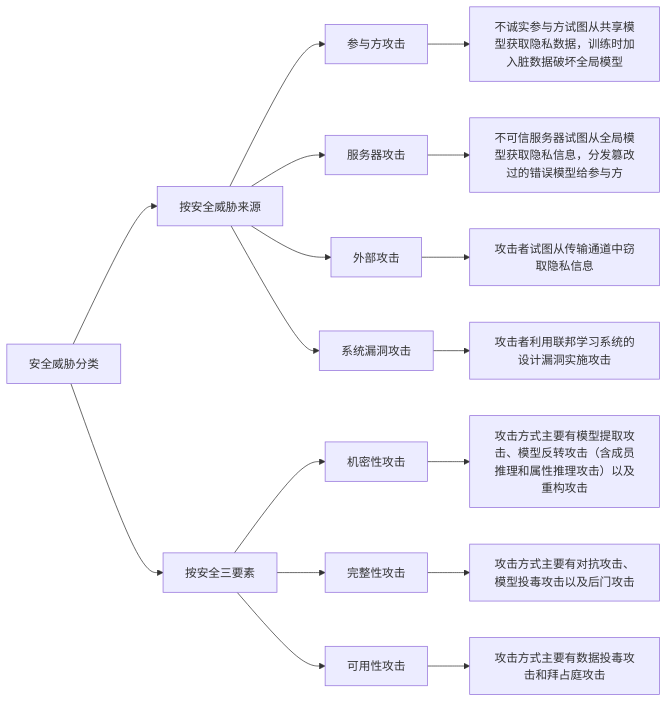
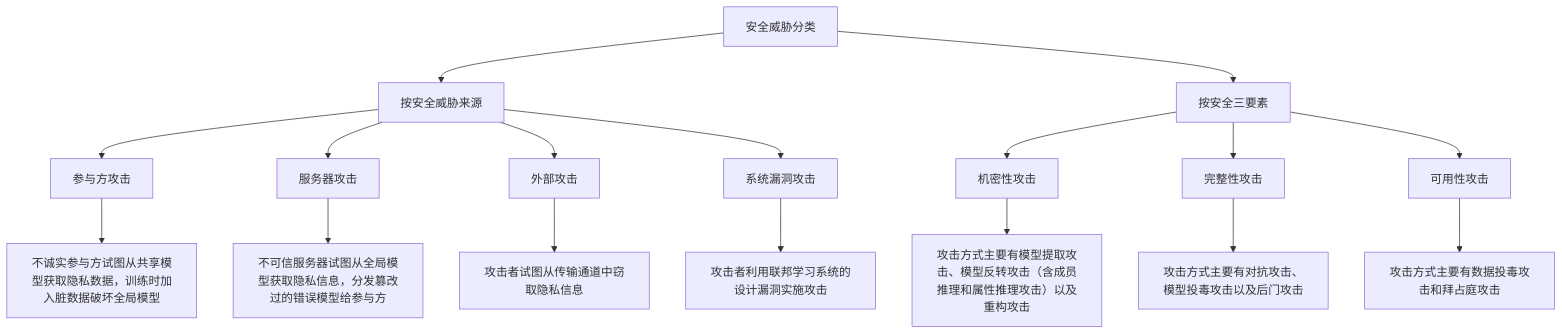
Before and after one commit to baicai220/baicai220.github.io: the second of 2 diagrams in source/_posts/机器学习/联邦学习/《联邦学习及其安全与隐私保护研究综述》.md, drawn with Mermaid.

````diff
--- a/source/_posts/机器学习/联邦学习/《联邦学习及其安全与隐私保护研究综述》.md
+++ b/source/_posts/机器学习/联邦学习/《联邦学习及其安全与隐私保护研究综述》.md
@@ -68,19 +68,19 @@
 ```mermaid
-flowchart LR
+flowchart TD
     A[安全威胁分类] --> B[按安全威胁来源]
     A --> C[按安全三要素]
     B --> B1[参与方攻击]
     	B1 --> B11[不诚实参与方试图从共享模型获取隐私数据，训练时加入脏数据破坏全局模型]
     B --> B2[服务器攻击]
     	B2 --> B21[不可信服务器试图从全局模型获取隐私信息，分发篡改过的错误模型给参与方]
     B --> B3[外部攻击]
     	B3 --> B31[攻击者试图从传输通道中窃取隐私信息]
     B --> B4[系统漏洞攻击]
     	B4 --> B41[攻击者利用联邦学习系统的设计漏洞实施攻击]
     C --> C1[机密性攻击]
     	C1 --> C11[攻击方式主要有模型提取攻击、模型反转攻击（含成员推理和属性推理攻击）以及重构攻击]
     C --> C2[完整性攻击]
     	C2 --> C21[攻击方式主要有对抗攻击、模型投毒攻击以及后门攻击]
     C --> C3[可用性攻击]
     	C3 --> C31[攻击方式主要有数据投毒攻击和拜占庭攻击]
 ```
````
